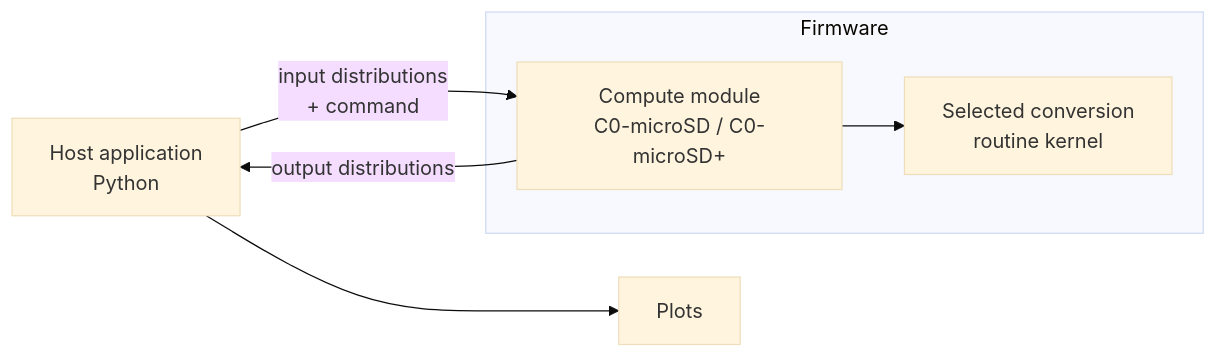
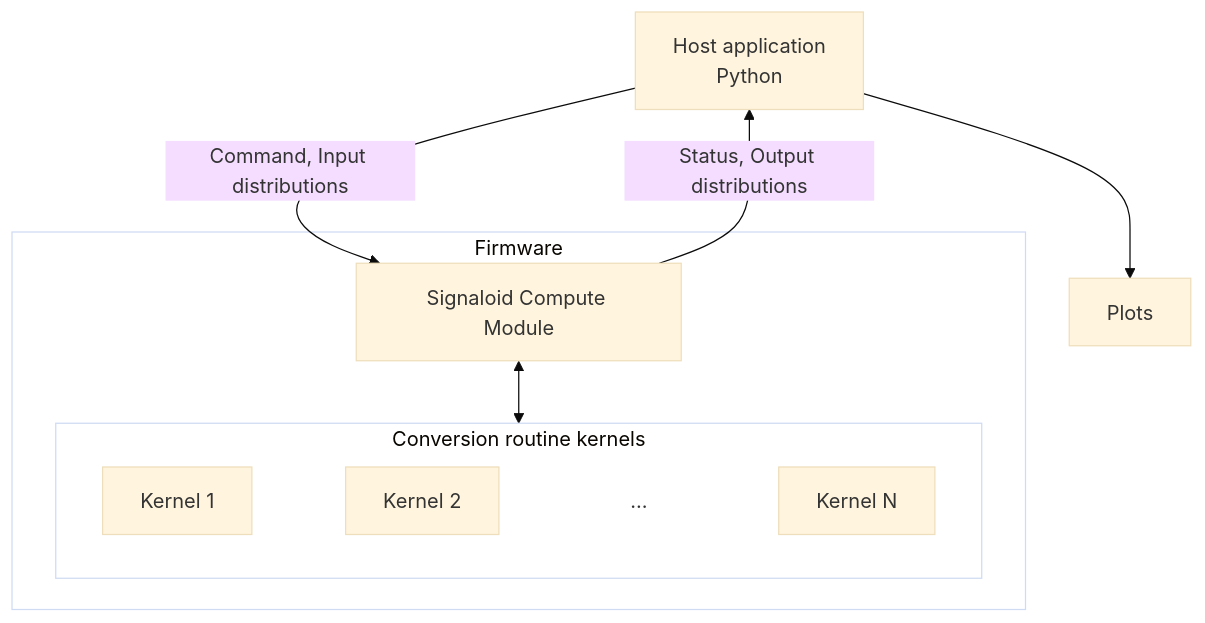
The diagram in README.md (signaloid/Signaloid-Compute-Module-Demo-Sensor), drawn with Mermaid (base theme) before and after one commit. The commit also changed other lines of this file and 13 other files, not shown here.

````diff
--- a/README.md
+++ b/README.md
@@ -15,9 +13,23 @@
 ```mermaid
-flowchart LR
-    A[Host application<br/>Python] -->|input distributions<br/>+ command| B[Compute module<br/>C0-microSD / C0-microSD+]
-    B -->|output distributions| A
-    A --> C[Plots]
-    subgraph Firmware
-        B --> D[Selected conversion<br/>routine kernel]
+flowchart TB
+    Host[Host application<br/>Python]
+    CM[Signaloid Compute Module]
+    
+    Host -->|Command, Input distributions| CM
+
+    CM -->|Status, Output distributions| Host
+
+    Host --> Plots[Plots]
+    
+    subgraph FW[Firmware]
+	CM <--> Kernels
+        
+        subgraph Kernels[Conversion routine kernels]
+            Kernel_1[Kernel 1] ~~~ Kernel_2[Kernel 2] ~~~ Dots[...] ~~~ Kernel_N[Kernel N]
+        end
     end
+
+    style FW fill:none
+    style Kernels fill:none
+    style Dots fill:none, stroke: none
 ```
````
